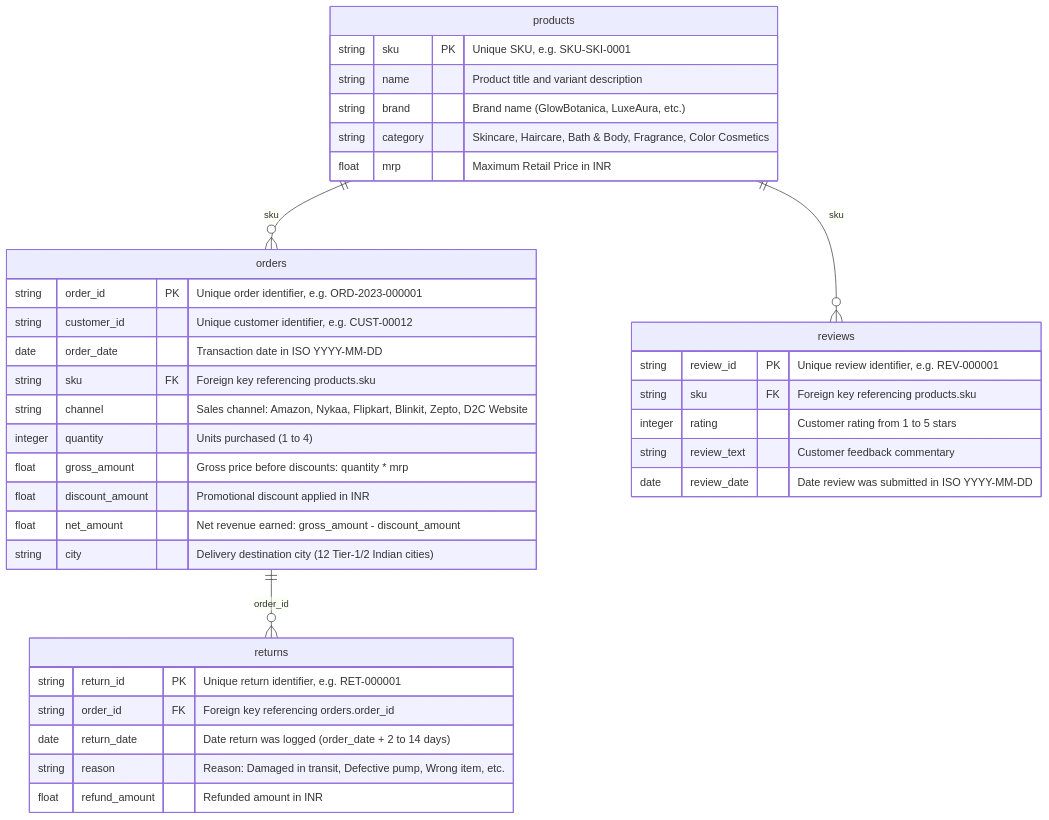
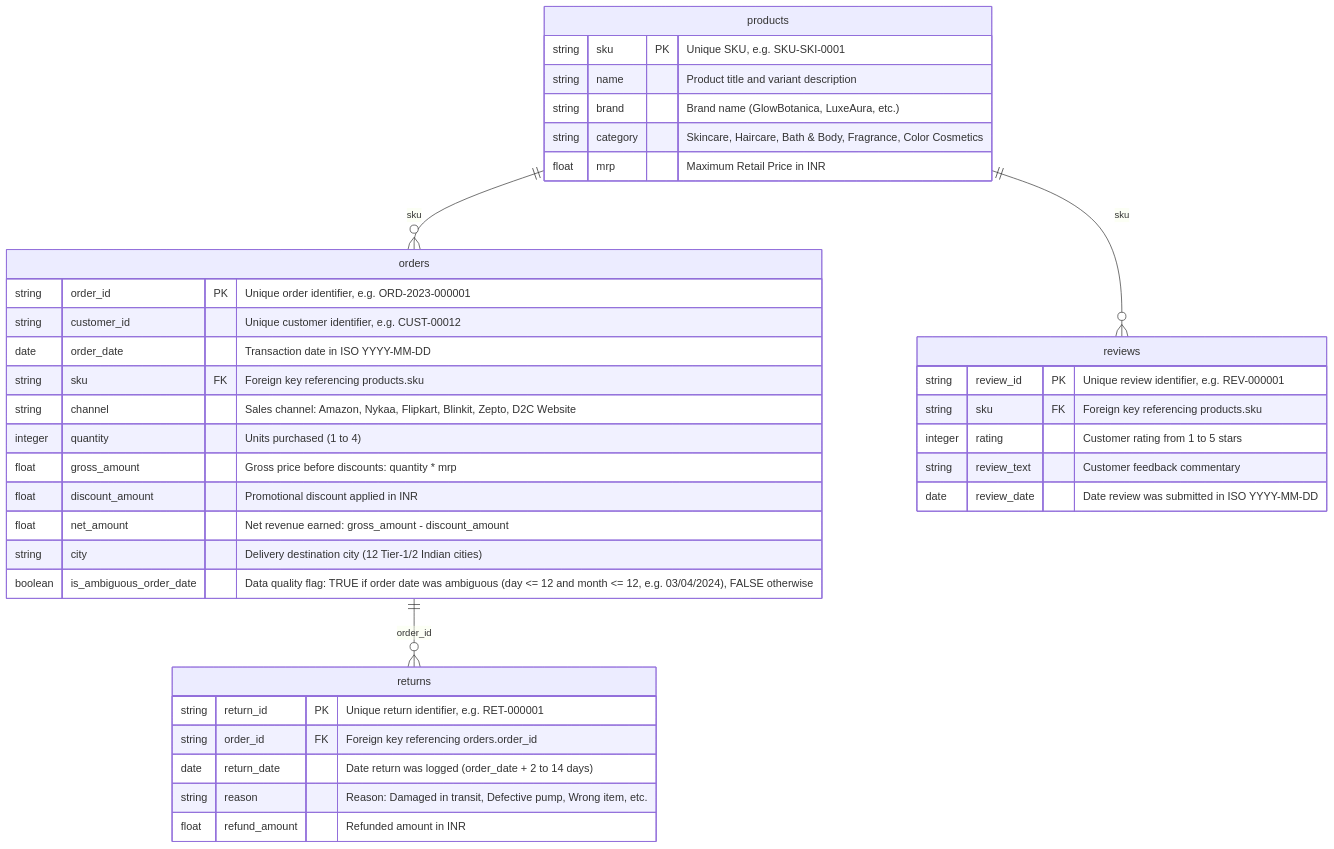
Before and after one commit to Kansal26/AskMe: the diagram in docs/data_dictionary.md, drawn with Mermaid. The commit also changed other lines of this file and 9 other files, not shown here.

First line of the commit message:
feat(stage-3): integrate ambiguous date data-quality awareness and benchmarks

````diff
--- a/docs/data_dictionary.md
+++ b/docs/data_dictionary.md
@@ -11,43 +11,44 @@
 ```mermaid
 erDiagram
     products ||--o{ orders : "sku"
     products ||--o{ reviews : "sku"
     orders ||--o{ returns : "order_id"
 
     products {
         string sku PK "Unique SKU, e.g. SKU-SKI-0001"
         string name "Product title and variant description"
         string brand "Brand name (GlowBotanica, LuxeAura, etc.)"
         string category "Skincare, Haircare, Bath & Body, Fragrance, Color Cosmetics"
         float mrp "Maximum Retail Price in INR"
     }
 
     orders {
         string order_id PK "Unique order identifier, e.g. ORD-2023-000001"
         string customer_id "Unique customer identifier, e.g. CUST-00012"
         date order_date "Transaction date in ISO YYYY-MM-DD"
         string sku FK "Foreign key referencing products.sku"
         string channel "Sales channel: Amazon, Nykaa, Flipkart, Blinkit, Zepto, D2C Website"
         integer quantity "Units purchased (1 to 4)"
         float gross_amount "Gross price before discounts: quantity * mrp"
         float discount_amount "Promotional discount applied in INR"
         float net_amount "Net revenue earned: gross_amount - discount_amount"
         string city "Delivery destination city (12 Tier-1/2 Indian cities)"
+        boolean is_ambiguous_order_date "Data quality flag: TRUE if order date was ambiguous (day <= 12 and month <= 12, e.g. 03/04/2024), FALSE otherwise"
     }
 
     returns {
         string return_id PK "Unique return identifier, e.g. RET-000001"
         string order_id FK "Foreign key referencing orders.order_id"
         date return_date "Date return was logged (order_date + 2 to 14 days)"
         string reason "Reason: Damaged in transit, Defective pump, Wrong item, etc."
         float refund_amount "Refunded amount in INR"
     }
 
     reviews {
         string review_id PK "Unique review identifier, e.g. REV-000001"
         string sku FK "Foreign key referencing products.sku"
         integer rating "Customer rating from 1 to 5 stars"
         string review_text "Customer feedback commentary"
         date review_date "Date review was submitted in ISO YYYY-MM-DD"
     }
 ```
````
